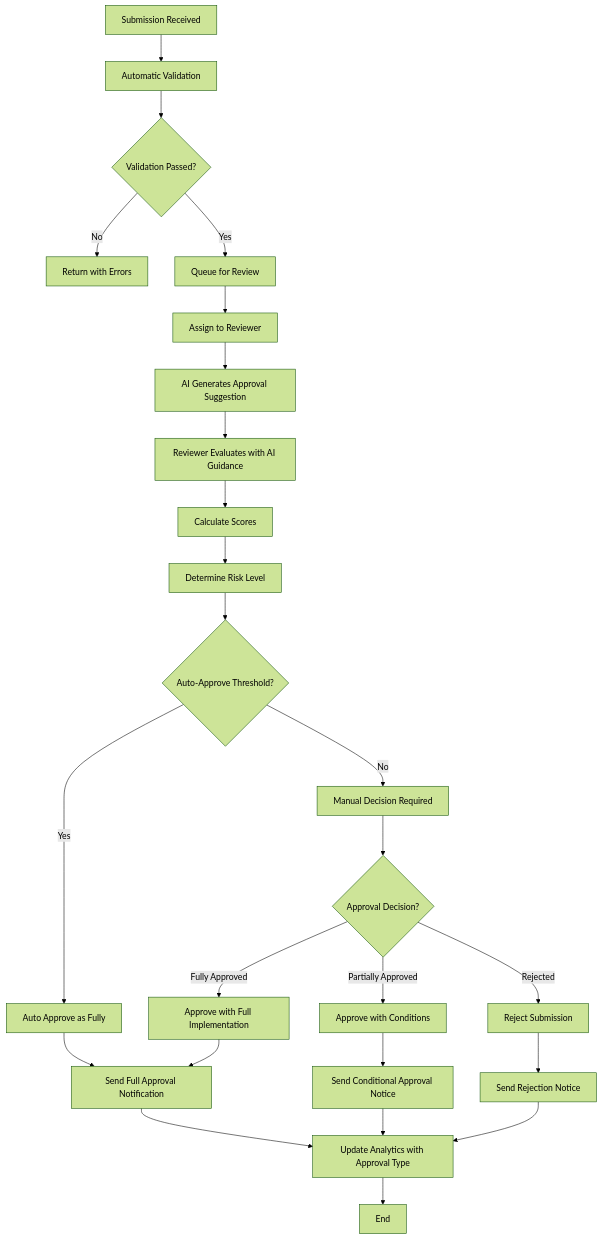
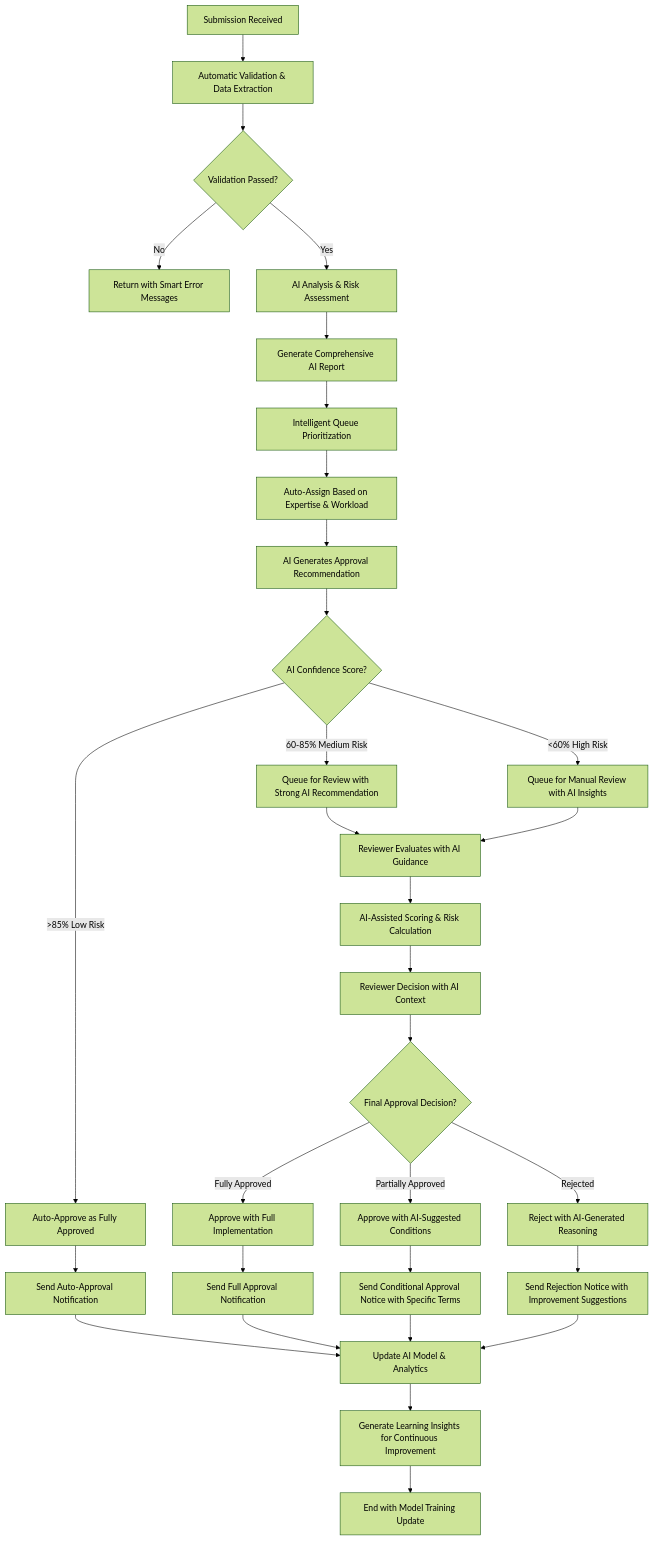
The fifth of 7 diagrams in Resources/SRS_DOCUMENT.md (solidrange/solidrange-form-flow), drawn with Mermaid (forest theme) before and after one commit. The commit also changed other lines of this file and 3 other files, not shown here.

````diff
--- a/Resources/SRS_DOCUMENT.md
+++ b/Resources/SRS_DOCUMENT.md
@@ -457,27 +470,33 @@
 ```mermaid
 flowchart TD
-    A[Submission Received] --> B[Automatic Validation]
+    A[Submission Received] --> B[Automatic Validation & Data Extraction]
     B --> C{Validation Passed?}
-    C -->|No| D[Return with Errors]
-    C -->|Yes| E[Queue for Review]
-    E --> F[Assign to Reviewer]
-    F --> G[AI Generates Approval Suggestion]
-    G --> H[Reviewer Evaluates with AI Guidance]
-    H --> I[Calculate Scores]
-    I --> J[Determine Risk Level]
-    J --> K{Auto-Approve Threshold?}
-    K -->|Yes| L[Auto Approve as Fully]
-    K -->|No| M[Manual Decision Required]
-    M --> N{Approval Decision?}
-    N -->|Fully Approved| O[Approve with Full Implementation]
-    N -->|Partially Approved| P[Approve with Conditions]
-    N -->|Rejected| Q[Reject Submission]
-    L --> R[Send Full Approval Notification]
-    O --> R
-    P --> S[Send Conditional Approval Notice]
-    Q --> T[Send Rejection Notice]
-    R --> U[Update Analytics with Approval Type]
-    S --> U
-    T --> U
-    U --> V[End]
+    C -->|No| D[Return with Smart Error Messages]
+    C -->|Yes| E[AI Analysis & Risk Assessment]
+    E --> F[Generate Comprehensive AI Report]
+    F --> G[Intelligent Queue Prioritization]
+    G --> H[Auto-Assign Based on Expertise & Workload]
+    H --> I[AI Generates Approval Recommendation]
+    I --> J{AI Confidence Score?}
+    J -->|>85% Low Risk| K[Auto-Approve as Fully Approved]
+    J -->|60-85% Medium Risk| L[Queue for Review with Strong AI Recommendation]
+    J -->|<60% High Risk| M[Queue for Manual Review with AI Insights]
+    L --> N[Reviewer Evaluates with AI Guidance]
+    M --> N
+    N --> O[AI-Assisted Scoring & Risk Calculation]
+    O --> P[Reviewer Decision with AI Context]
+    P --> Q{Final Approval Decision?}
+    Q -->|Fully Approved| R[Approve with Full Implementation]
+    Q -->|Partially Approved| S[Approve with AI-Suggested Conditions]
+    Q -->|Rejected| T[Reject with AI-Generated Reasoning]
+    K --> U[Send Auto-Approval Notification]
+    R --> V[Send Full Approval Notification]
+    S --> W[Send Conditional Approval Notice with Specific Terms]
+    T --> X[Send Rejection Notice with Improvement Suggestions]
+    U --> Y[Update AI Model & Analytics]
+    V --> Y
+    W --> Y
+    X --> Y
+    Y --> Z[Generate Learning Insights for Continuous Improvement]
+    Z --> AA[End with Model Training Update]
 ```
````
